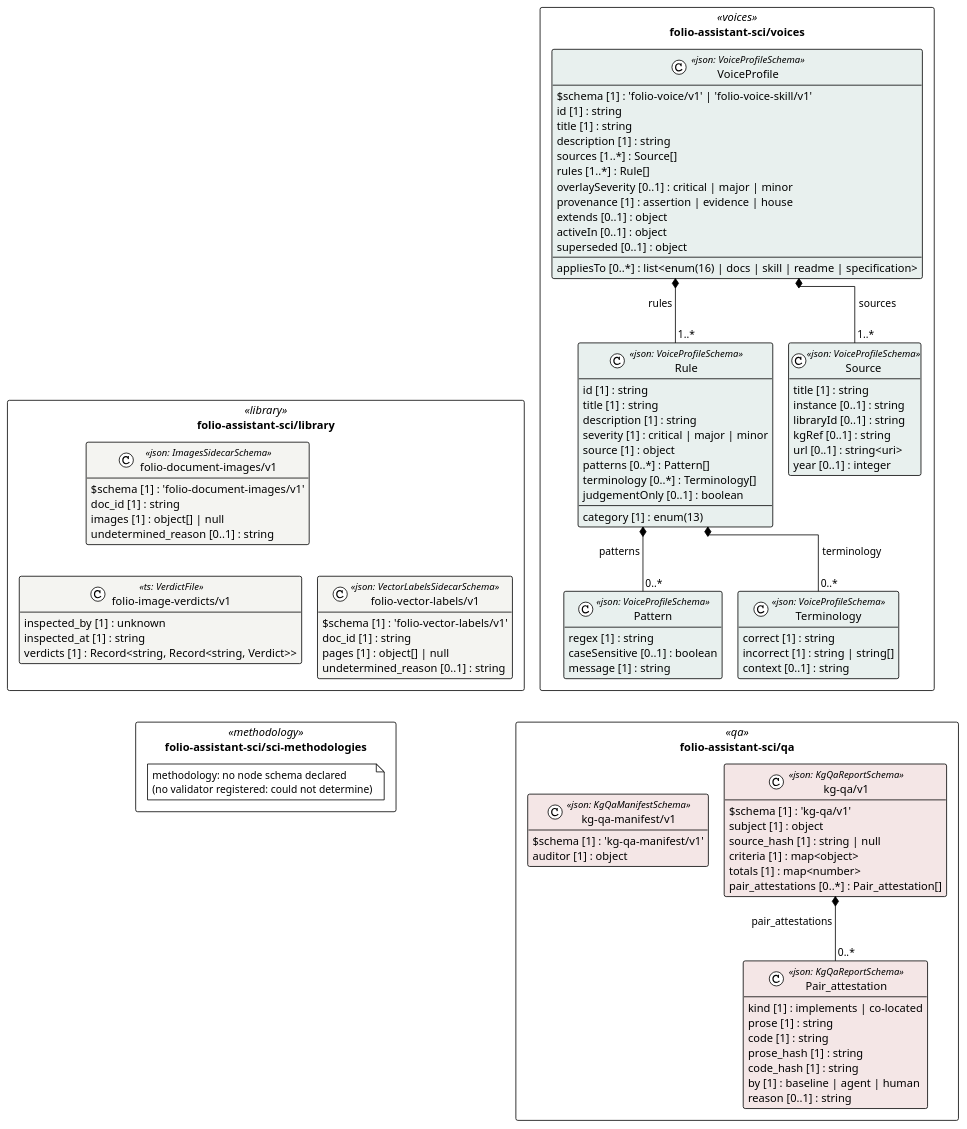
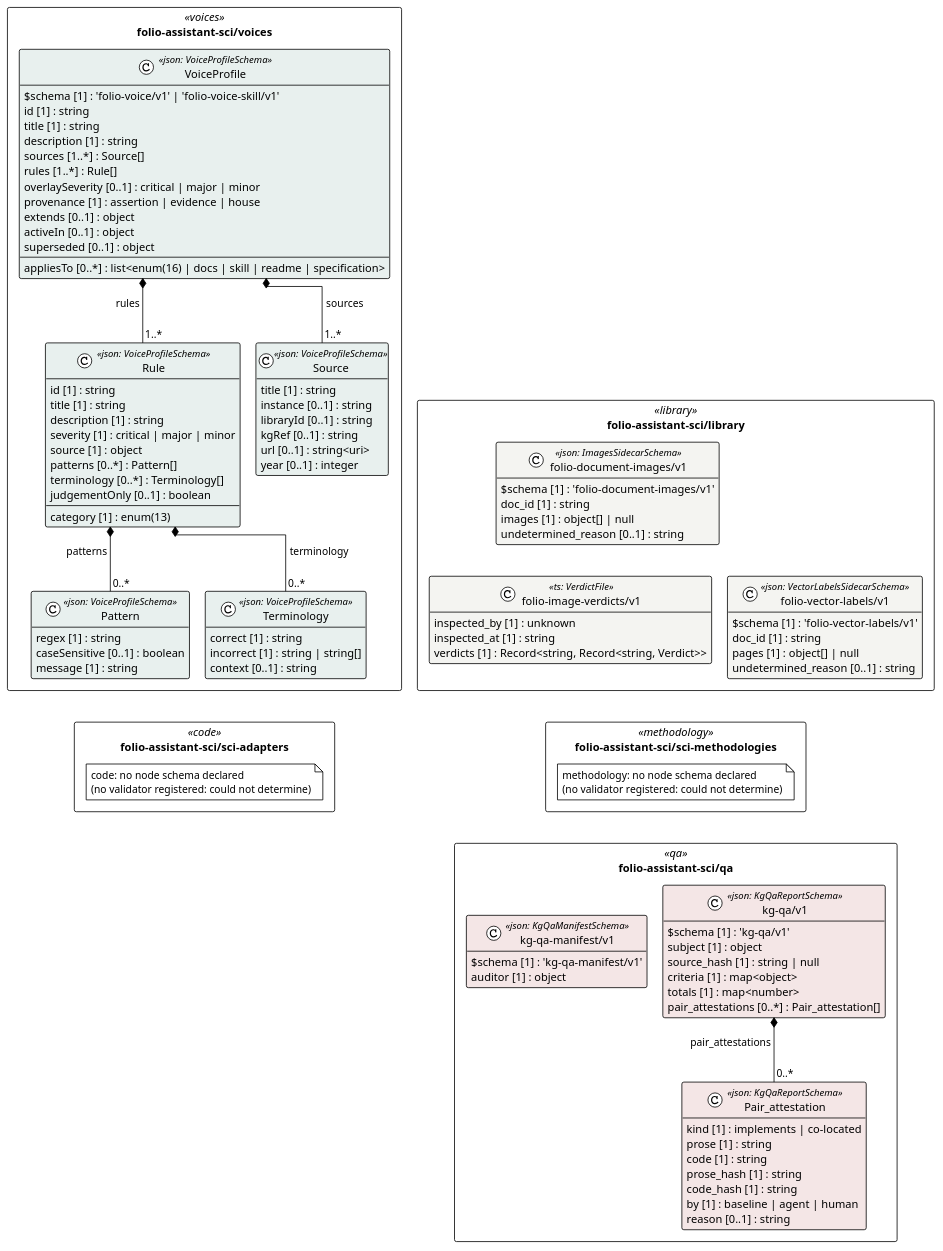
The diagram in cat-harness/uml/overview/folio-assistant-sci.puml (litlfred/folio-assistant), drawn with PlantUML before and after one commit. The commit also changed 21 other files, not shown here.

```diff
--- a/cat-harness/uml/overview/folio-assistant-sci.puml
+++ b/cat-harness/uml/overview/folio-assistant-sci.puml
@@ -3,108 +3,112 @@
 @startuml folio_assistant_sci
 !pragma layout elk
 !theme plain
 skinparam classAttributeIconSize 0
 skinparam shadowing false
 skinparam packageStyle rectangle
 hide empty methods
 
 package "folio-assistant-sci/library" as pkg_folio_assistant_sci_library <<library>> {
   class "folio-document-images/v1" as folio_assistant_sci_library_folio_document_images_v1_folio_document_images_v1 <<json: ImagesSidecarSchema>> #f4f4f1 {
     $schema [1] : 'folio-document-images/v1'
     doc_id [1] : string
     images [1] : object[] | null
     undetermined_reason [0..1] : string
   }
   class "folio-image-verdicts/v1" as folio_assistant_sci_library_folio_image_verdicts_v1 <<ts: VerdictFile>> #f4f4f1 {
     inspected_by [1] : unknown
     inspected_at [1] : string
     verdicts [1] : Record<string, Record<string, Verdict>>
   }
   class "folio-vector-labels/v1" as folio_assistant_sci_library_folio_vector_labels_v1_folio_vector_labels_v1 <<json: VectorLabelsSidecarSchema>> #f4f4f1 {
     $schema [1] : 'folio-vector-labels/v1'
     doc_id [1] : string
     pages [1] : object[] | null
     undetermined_reason [0..1] : string
   }
 }
 package "folio-assistant-sci/voices" as pkg_folio_assistant_sci_voices <<voices>> {
   class "Source" as folio_assistant_sci_voices_Source <<json: VoiceProfileSchema>> #e8f0ee {
     title [1] : string
     instance [0..1] : string
     libraryId [0..1] : string
     kgRef [0..1] : string
     url [0..1] : string<uri>
     year [0..1] : integer
   }
   class "Pattern" as folio_assistant_sci_voices_Pattern <<json: VoiceProfileSchema>> #e8f0ee {
     regex [1] : string
     caseSensitive [0..1] : boolean
     message [1] : string
   }
   class "Terminology" as folio_assistant_sci_voices_Terminology <<json: VoiceProfileSchema>> #e8f0ee {
     correct [1] : string
     incorrect [1] : string | string[]
     context [0..1] : string
   }
   class "Rule" as folio_assistant_sci_voices_Rule <<json: VoiceProfileSchema>> #e8f0ee {
     id [1] : string
     title [1] : string
     description [1] : string
     category [1] : enum(13)
     severity [1] : critical | major | minor
     source [1] : object
     patterns [0..*] : Pattern[]
     terminology [0..*] : Terminology[]
     judgementOnly [0..1] : boolean
   }
   class "VoiceProfile" as folio_assistant_sci_voices_VoiceProfile <<json: VoiceProfileSchema>> #e8f0ee {
     $schema [1] : 'folio-voice/v1' | 'folio-voice-skill/v1'
     id [1] : string
     title [1] : string
     description [1] : string
     sources [1..*] : Source[]
     rules [1..*] : Rule[]
     overlaySeverity [0..1] : critical | major | minor
     appliesTo [0..*] : list<enum(16) | docs | skill | readme | specification>
     provenance [1] : assertion | evidence | house
     extends [0..1] : object
     activeIn [0..1] : object
     superseded [0..1] : object
   }
 }
 package "folio-assistant-sci/sci-methodologies" as pkg_folio_assistant_sci_sci_methodologies <<methodology>> {
   note "methodology: no node schema declared\n(no validator registered: could not determine)" as n_folio_assistant_sci_sci_methodologies_methodology
 }
+package "folio-assistant-sci/sci-adapters" as pkg_folio_assistant_sci_sci_adapters <<code>> {
+  note "code: no node schema declared\n(no validator registered: could not determine)" as n_folio_assistant_sci_sci_adapters_code
+}
 package "folio-assistant-sci/qa" as pkg_folio_assistant_sci_qa <<qa>> {
   class "Pair_attestation" as folio_assistant_sci_qa_kg_qa_v1_Pair_attestation <<json: KgQaReportSchema>> #f4e6e6 {
     kind [1] : implements | co-located
     prose [1] : string
     code [1] : string
     prose_hash [1] : string
     code_hash [1] : string
     by [1] : baseline | agent | human
     reason [0..1] : string
   }
   class "kg-qa/v1" as folio_assistant_sci_qa_kg_qa_v1_kg_qa_v1 <<json: KgQaReportSchema>> #f4e6e6 {
     $schema [1] : 'kg-qa/v1'
     subject [1] : object
     source_hash [1] : string | null
     criteria [1] : map<object>
     totals [1] : map<number>
     pair_attestations [0..*] : Pair_attestation[]
   }
   class "kg-qa-manifest/v1" as folio_assistant_sci_qa_kg_qa_manifest_v1_kg_qa_manifest_v1 <<json: KgQaManifestSchema>> #f4e6e6 {
     $schema [1] : 'kg-qa-manifest/v1'
     auditor [1] : object
   }
 }
 
 folio_assistant_sci_voices_VoiceProfile *-- "1..*" folio_assistant_sci_voices_Source : sources
 folio_assistant_sci_voices_Rule *-- "0..*" folio_assistant_sci_voices_Pattern : patterns
 folio_assistant_sci_voices_Rule *-- "0..*" folio_assistant_sci_voices_Terminology : terminology
 folio_assistant_sci_voices_VoiceProfile *-- "1..*" folio_assistant_sci_voices_Rule : rules
 folio_assistant_sci_qa_kg_qa_v1_kg_qa_v1 *-- "0..*" folio_assistant_sci_qa_kg_qa_v1_Pair_attestation : pair_attestations
-' grid: portrait, 2 column(s) — pkg_folio_assistant_sci_library pkg_folio_assistant_sci_voices pkg_folio_assistant_sci_sci_methodologies pkg_folio_assistant_sci_qa
+' grid: portrait, 2 column(s) — pkg_folio_assistant_sci_library pkg_folio_assistant_sci_voices pkg_folio_assistant_sci_sci_methodologies pkg_folio_assistant_sci_sci_adapters pkg_folio_assistant_sci_qa
 pkg_folio_assistant_sci_library -[hidden]down- pkg_folio_assistant_sci_sci_methodologies
-pkg_folio_assistant_sci_voices -[hidden]down- pkg_folio_assistant_sci_qa
+pkg_folio_assistant_sci_voices -[hidden]down- pkg_folio_assistant_sci_sci_adapters
+pkg_folio_assistant_sci_sci_methodologies -[hidden]down- pkg_folio_assistant_sci_qa
 @enduml
```
